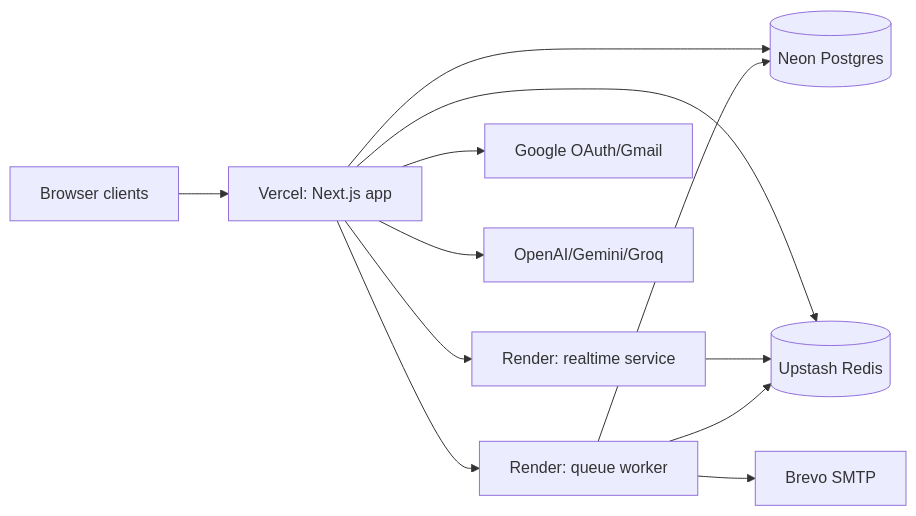
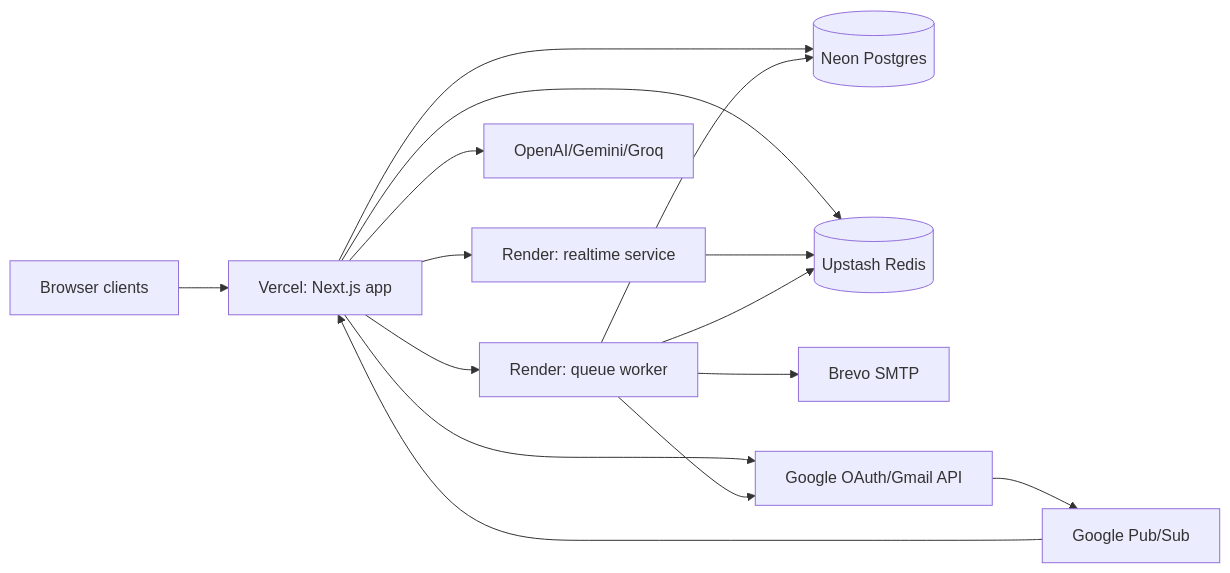
The third of 11 diagrams in README.md (swaritpatel/CustomerCommunicationPortal), drawn with Mermaid before and after one commit. The commit also changed other lines of this file and 2 other files, not shown here.

Commit message:
Added Pub Sub For Gmail

````diff
--- a/README.md
+++ b/README.md
@@ -196,14 +207,17 @@
 ```mermaid
 flowchart LR
   Browser[Browser clients] --> Vercel[Vercel: Next.js app]
   Vercel --> Neon[(Neon Postgres)]
   Vercel --> Upstash[(Upstash Redis)]
   Vercel --> RenderRealtime[Render: realtime service]
   Vercel --> RenderWorker[Render: queue worker]
   RenderRealtime --> Upstash
   RenderWorker --> Upstash
   RenderWorker --> Neon
   RenderWorker --> Brevo[Brevo SMTP]
-  Vercel --> Google[Google OAuth/Gmail]
+  Vercel --> Google[Google OAuth/Gmail API]
+  Google --> PubSub[Google Pub/Sub]
+  PubSub --> Vercel
+  RenderWorker --> Google
   Vercel --> AI[OpenAI/Gemini/Groq]
 ```
````
